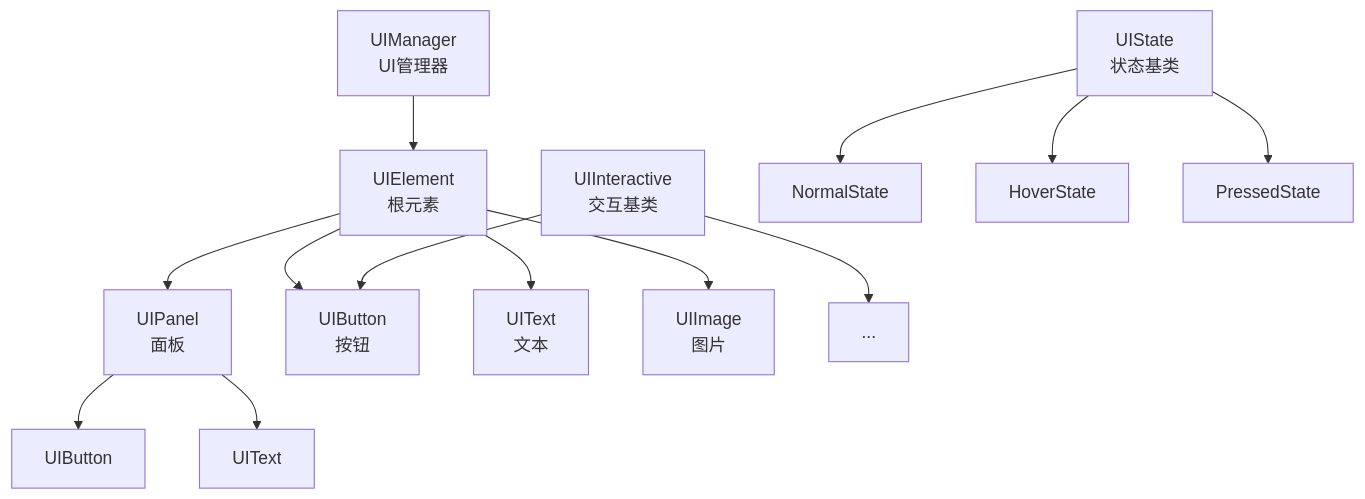
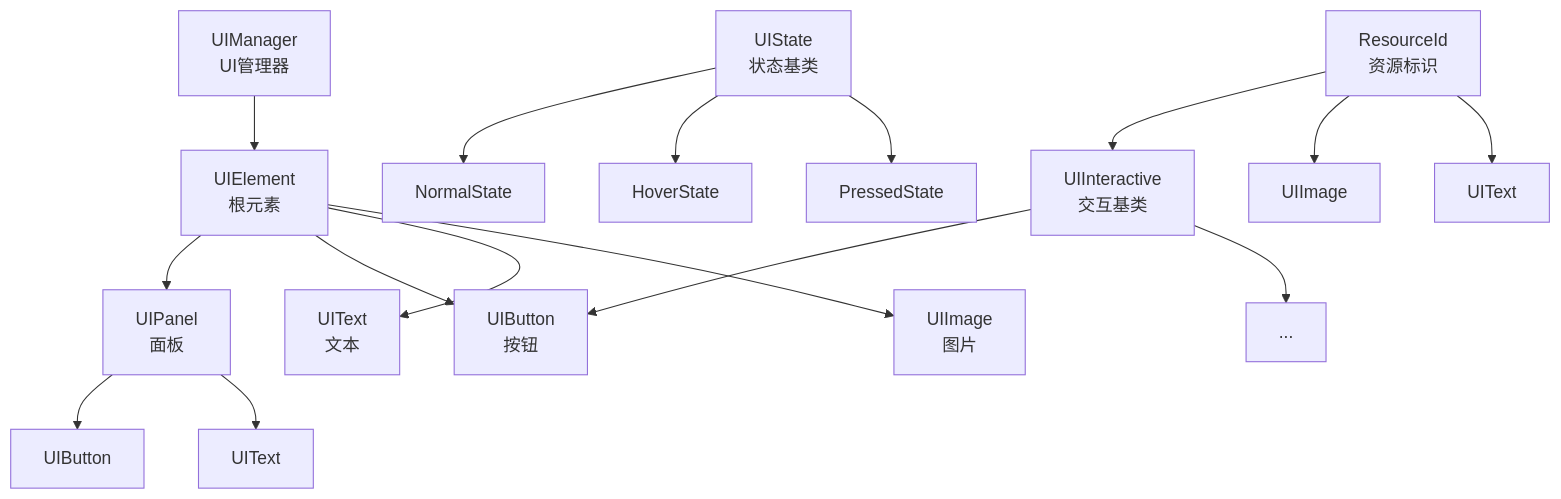
Before and after one commit to hezhangtdzs/MonsterWar: the first of 4 diagrams in doc/ui/README.md, drawn with Mermaid. The commit also changed other lines of this file and 47 other files, not shown here.

````diff
--- a/doc/ui/README.md
+++ b/doc/ui/README.md
@@ -7,21 +7,25 @@
 ```mermaid
 graph TB
     UIManager[UIManager<br/>UI管理器]
     
     UIManager --> Root[UIElement<br/>根元素]
     
     Root --> Panel[UIPanel<br/>面板]
     Root --> Button[UIButton<br/>按钮]
     Root --> Text[UIText<br/>文本]
     Root --> Image[UIImage<br/>图片]
     
     Panel --> Button2[UIButton]
     Panel --> Text2[UIText]
     
     UIInteractive[UIInteractive<br/>交互基类] --> Button
     UIInteractive --> UIInteractive2[...]
     
     UIState[UIState<br/>状态基类] --> Normal[NormalState]
     UIState --> Hover[HoverState]
     UIState --> Pressed[PressedState]
+    
+    ResourceId[ResourceId<br/>资源标识] --> UIInteractive
+    ResourceId --> UIImage
+    ResourceId --> UIText
 ```
````
